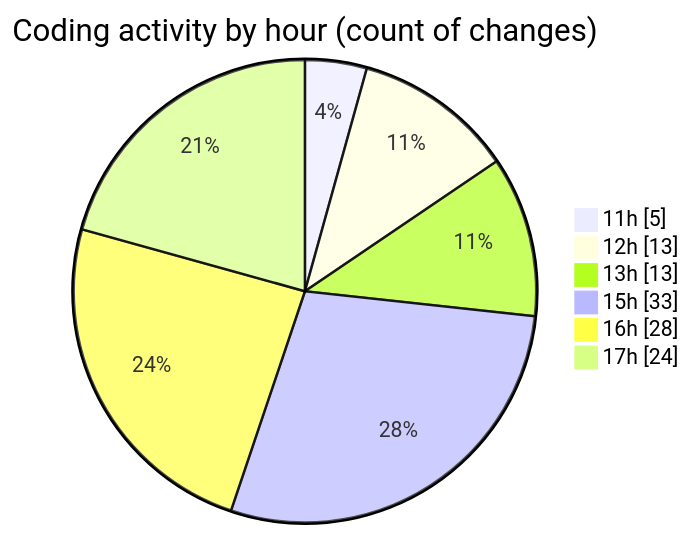
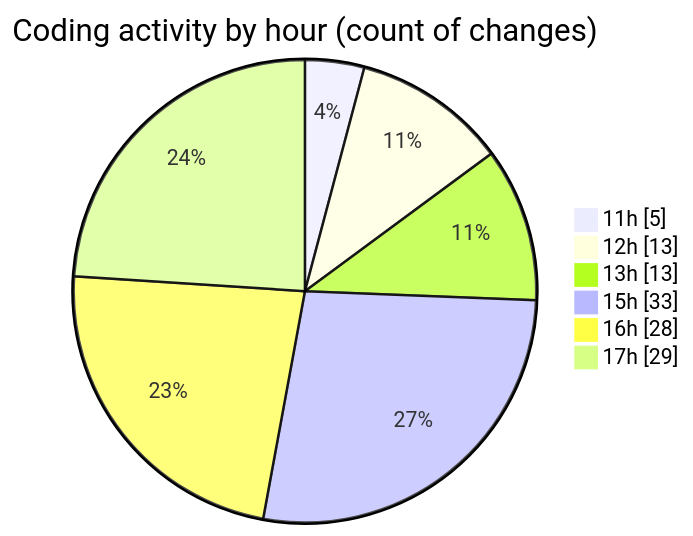
One commit to nxtqubesakshisongat/code-tracking changed the second of 2 diagrams in 2025-08-06/nxtqube_webapp/README.md. Above: the diagram before and after it, drawn with Mermaid. The commit also changed other lines of this file and 1 other file, not shown here.

````diff
--- a/2025-08-06/nxtqube_webapp/README.md
+++ b/2025-08-06/nxtqube_webapp/README.md
@@ -41,10 +41,10 @@
 ```mermaid
 pie showData
 title Coding activity by hour (count of changes)
 "11h" : 5
 "12h" : 13
 "13h" : 13
 "15h" : 33
 "16h" : 28
-"17h" : 24
+"17h" : 29
 ```
````
